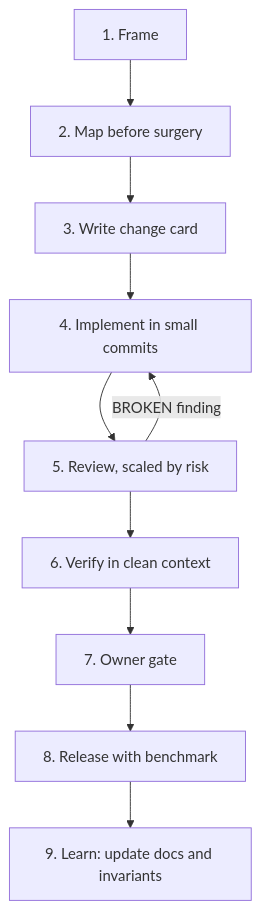
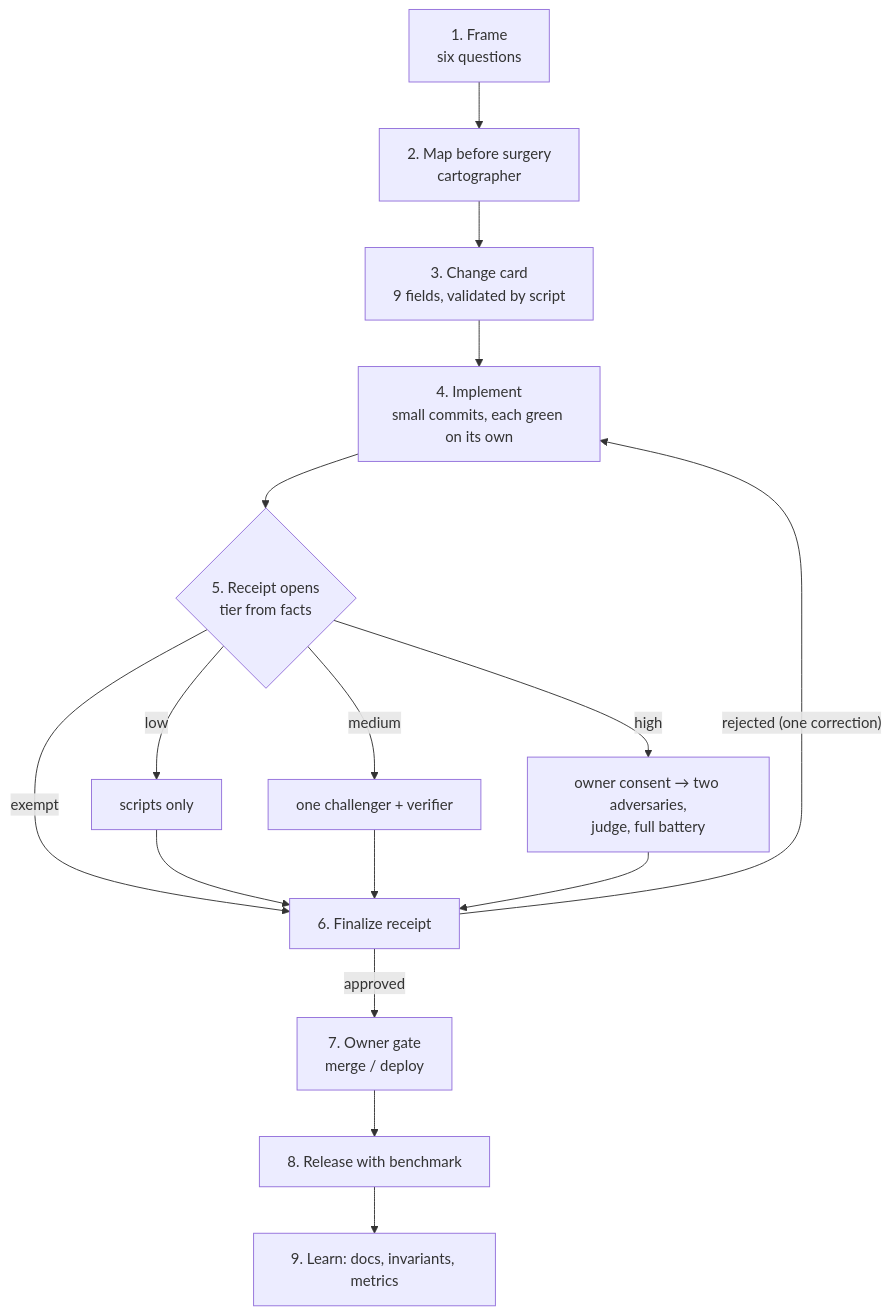
One commit to jcellomarcano/work-methodology changed the third of 3 diagrams in README.md. Above: the diagram before and after it, drawn with Mermaid. The commit also changed other lines of this file and 202 other files, not shown here.

````diff
--- a/README.md
+++ b/README.md
@@ -29,12 +137,18 @@
 ```mermaid
 flowchart TD
-    A["1. Frame"] --> B["2. Map before surgery"]
-    B --> C["3. Write change card"]
-    C --> D["4. Implement in small commits"]
-    D --> E["5. Review, scaled by risk"]
-    E --> F["6. Verify in clean context"]
-    F --> G["7. Owner gate"]
+    A["1. Frame<br/>six questions"] --> B["2. Map before surgery<br/>cartographer"]
+    B --> C["3. Change card<br/>9 fields, validated by script"]
+    C --> D["4. Implement<br/>small commits, each green on its own"]
+    D --> R{"5. Receipt opens<br/>tier from facts"}
+    R -- exempt --> F
+    R -- low --> L["scripts only"]
+    R -- medium --> M["one challenger + verifier"]
+    R -- high --> HH["owner consent → two adversaries,<br/>judge, full battery"]
+    L --> F["6. Finalize receipt"]
+    M --> F
+    HH --> F
+    F -- "rejected (one correction)" --> D
+    F -- approved --> G["7. Owner gate<br/>merge / deploy"]
     G --> H["8. Release with benchmark"]
-    H --> I["9. Learn: update docs and invariants"]
-    E -- "BROKEN finding" --> D
+    H --> I["9. Learn: docs, invariants, metrics"]
 ```
````
